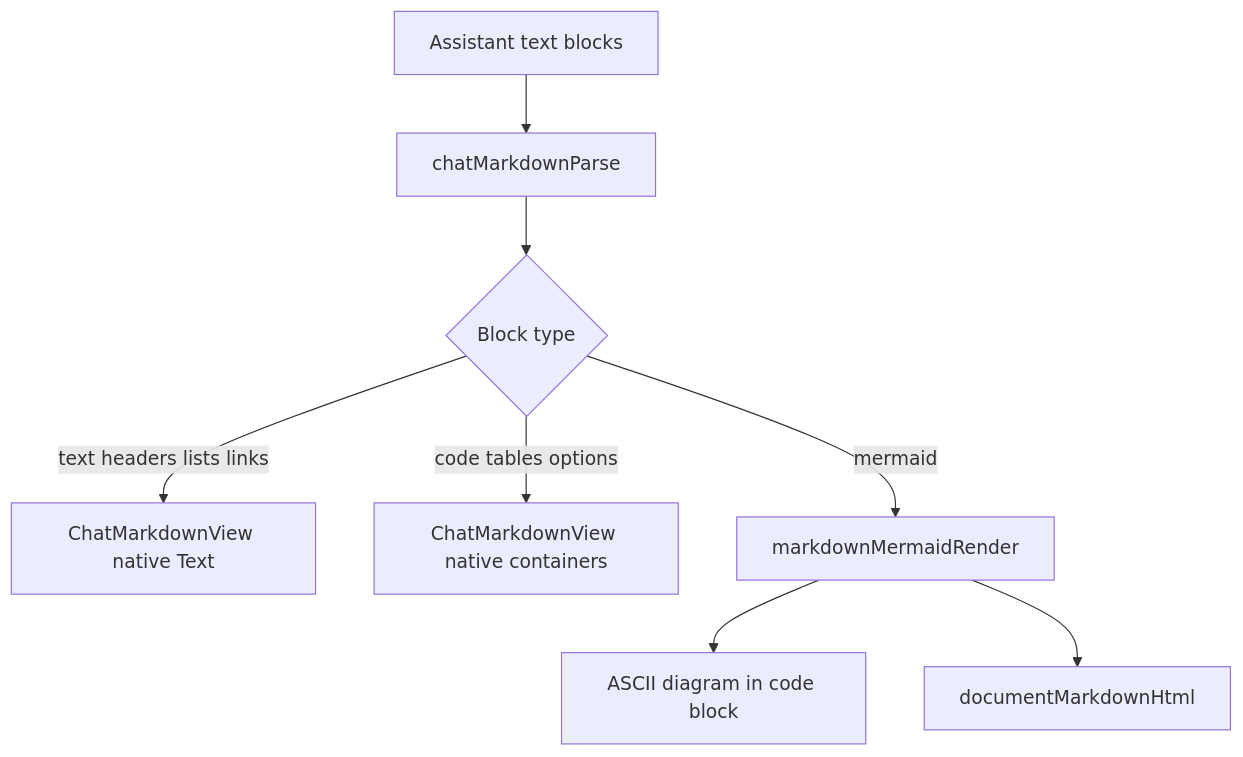
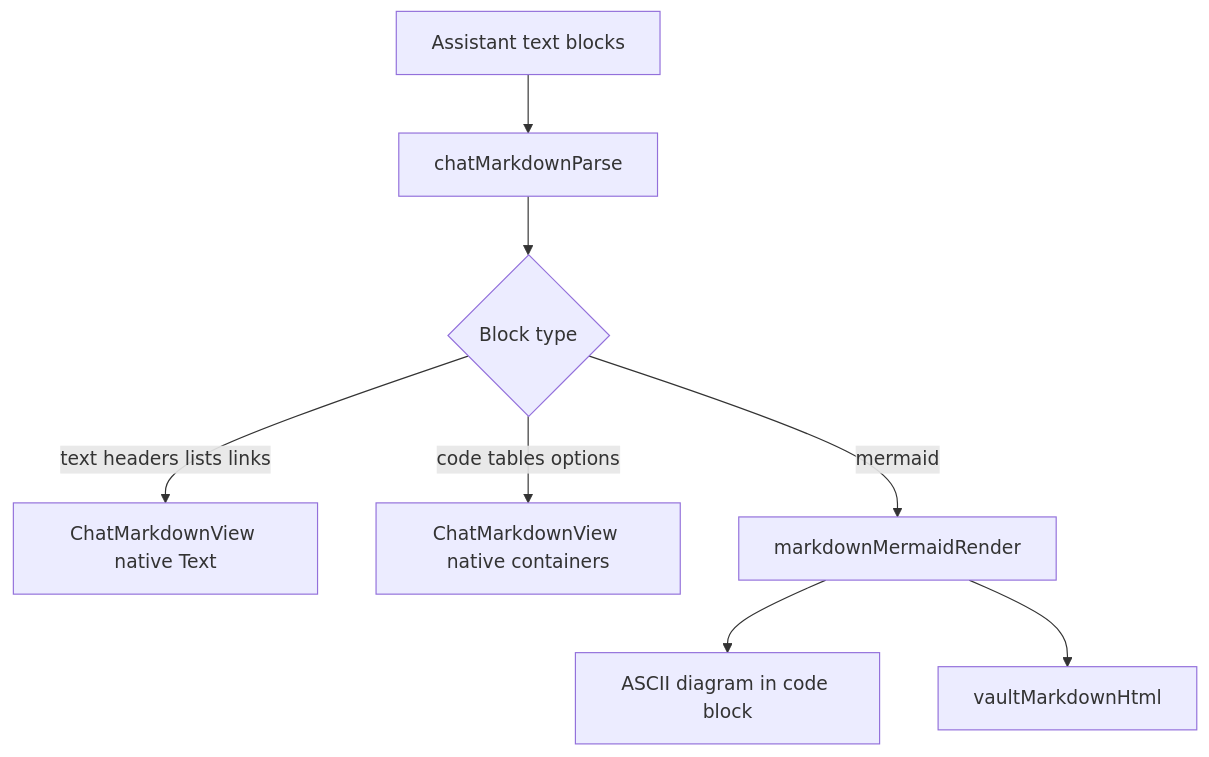
One commit to ex3ndr/daycare changed the diagram in doc/20260309-app-chat-markdown-renderer.md. Above: the diagram before and after it, drawn with Mermaid. The commit also changed 186 other files, not shown here.

````diff
--- a/doc/20260309-app-chat-markdown-renderer.md
+++ b/doc/20260309-app-chat-markdown-renderer.md
@@ -7,10 +7,10 @@
 ```mermaid
 flowchart TD
     A[Assistant text blocks] --> B[chatMarkdownParse]
     B --> C{Block type}
     C -->|text headers lists links| D[ChatMarkdownView native Text]
     C -->|code tables options| E[ChatMarkdownView native containers]
     C -->|mermaid| F[markdownMermaidRender]
     F --> G[ASCII diagram in code block]
-    F --> H[documentMarkdownHtml]
+    F --> H[vaultMarkdownHtml]
 ```
````
